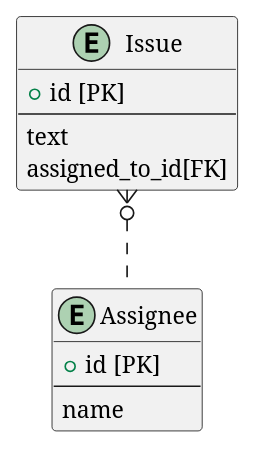
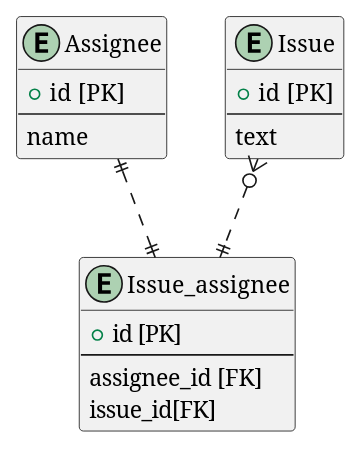
One commit to baron7151/praha-challenge changed the diagram in 1_DB/DB_Null/Task2/tables.pu. Above: the diagram before and after it, drawn with PlantUML.

Commit message:
DB Null課題の修正

```diff
--- a/1_DB/DB_Null/Task2/tables.pu
+++ b/1_DB/DB_Null/Task2/tables.pu
@@ -1,18 +1,26 @@
 @startuml tables
 
 entity Assignee {
   + id  [PK]
   --
   name
 }
 
 entity Issue {
   + id  [PK]
   --
   text
-  assigned_to_id[FK]
 }
 
-Issue }o.. Assignee
+entity Issue_assignee{
+  + id [PK]
+  --
+  assignee_id [FK]
+  issue_id[FK]
+}
+
+Issue }o..|| Issue_assignee
+Assignee ||..|| Issue_assignee
+
 
 @enduml
```
